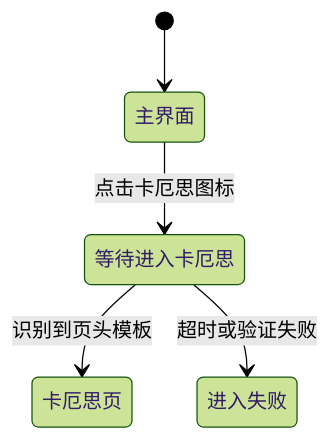
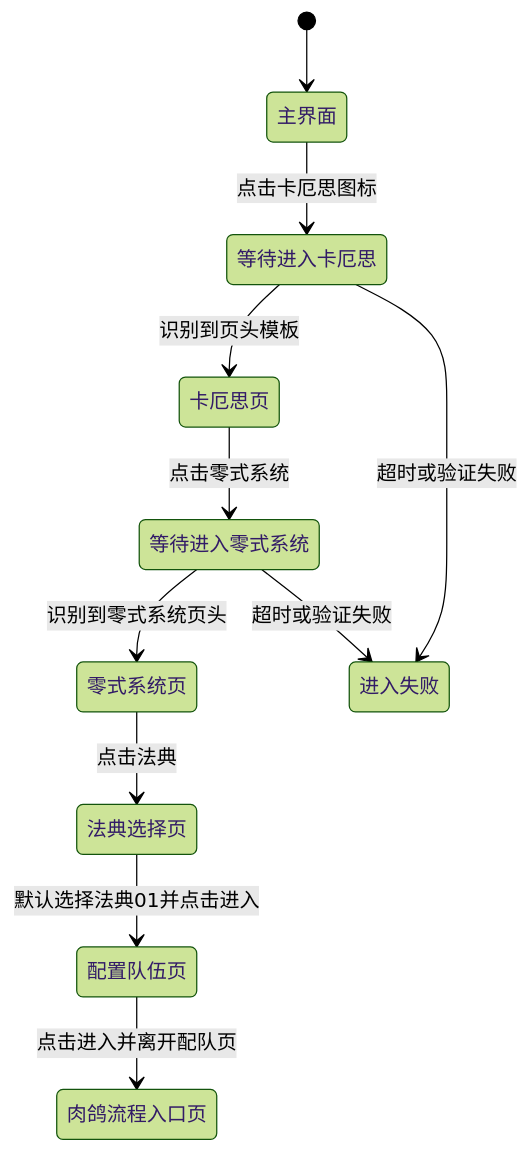
One commit to kof97500/MAAForChaos changed the first of 2 diagrams in docs/specs/state-machine.md. Above: the diagram before and after it, drawn with Mermaid (forest theme). The commit also changed other lines of this file and 12 other files, not shown here.

Commit message:
Add roguelike entry flow before combat

````diff
--- a/docs/specs/state-machine.md
+++ b/docs/specs/state-machine.md
@@ -139,7 +201,13 @@
 ```mermaid
 stateDiagram-v2
     [*] --> 主界面
     主界面 --> 等待进入卡厄思: 点击卡厄思图标
     等待进入卡厄思 --> 卡厄思页: 识别到页头模板
+    卡厄思页 --> 等待进入零式系统: 点击零式系统
+    等待进入零式系统 --> 零式系统页: 识别到零式系统页头
+    零式系统页 --> 法典选择页: 点击法典
+    法典选择页 --> 配置队伍页: 默认选择法典01并点击进入
+    配置队伍页 --> 肉鸽流程入口页: 点击进入并离开配队页
     等待进入卡厄思 --> 进入失败: 超时或验证失败
+    等待进入零式系统 --> 进入失败: 超时或验证失败
 ```
````
